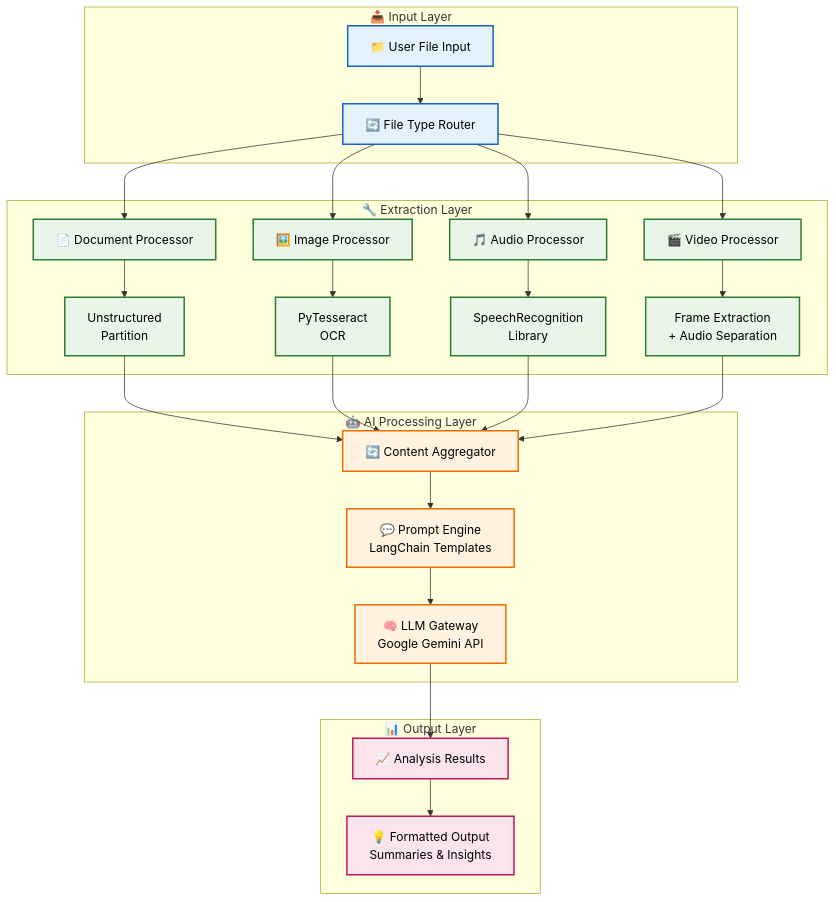
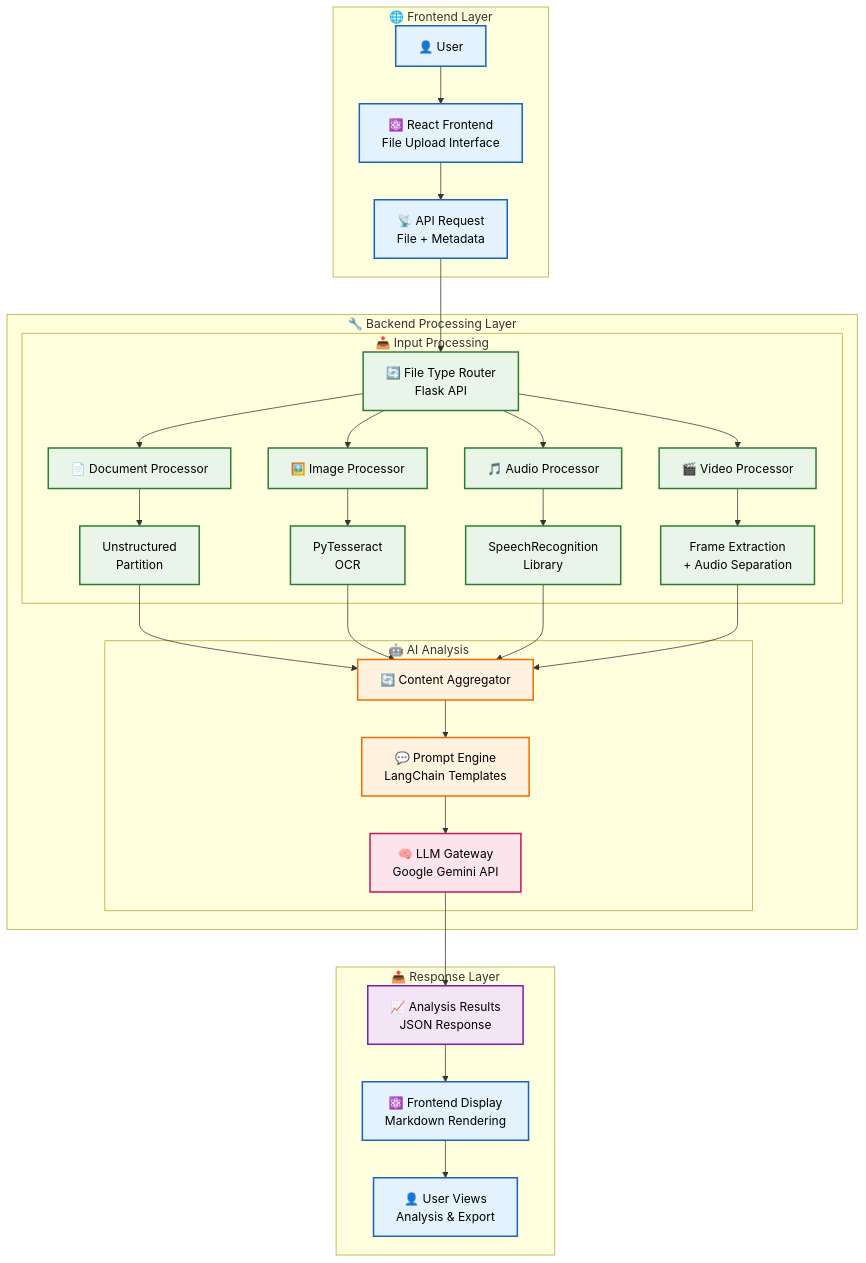
One commit to adityasinghcoding/PolySensor changed the diagram in README.md. Above: the diagram before and after it, drawn with Mermaid. The commit also changed other lines of this file and 1 other file, not shown here.

````diff
--- a/README.md
+++ b/README.md
@@ -36,44 +36,52 @@
 ```mermaid
 graph TB
-    subgraph "📥 Input Layer"
-        A[📁 User File Input] --> B[🔄 File Type Router]
+    subgraph "🌐 Frontend Layer"
+        U[👤 User] --> FE[⚛️ React Frontend<br/>File Upload Interface]
+        FE --> API[📡 API Request<br/>File + Metadata]
     end
-    
-    subgraph "🔧 Extraction Layer"
-        B --> C[📄 Document Processor]
-        B --> D[🖼️ Image Processor]
-        B --> E[🎵 Audio Processor]
-        B --> F[🎬 Video Processor]
-        
-        C --> C1[Unstructured<br/>Partition]
-        D --> D1[PyTesseract<br/>OCR]
-        E --> E1[SpeechRecognition<br/>Library]
-        F --> F1[Frame Extraction<br/>+ Audio Separation]
+
+    subgraph "🔧 Backend Processing Layer"
+        API --> B[🔄 File Type Router<br/>Flask API]
+
+        subgraph "📥 Input Processing"
+            B --> C[📄 Document Processor]
+            B --> D[🖼️ Image Processor]
+            B --> E[🎵 Audio Processor]
+            B --> F[🎬 Video Processor]
+
+            C --> C1[Unstructured<br/>Partition]
+            D --> D1[PyTesseract<br/>OCR]
+            E --> E1[SpeechRecognition<br/>Library]
+            F --> F1[Frame Extraction<br/>+ Audio Separation]
+        end
+
+        subgraph "🤖 AI Analysis"
+            C1 --> G[🔄 Content Aggregator]
+            D1 --> G
+            E1 --> G
+            F1 --> G
+
+            G --> H[💬 Prompt Engine<br/>LangChain Templates]
+            H --> I[🧠 LLM Gateway<br/>Google Gemini API]
+        end
     end
-    
-    subgraph "🤖 AI Processing Layer"
-        C1 --> G[🔄 Content Aggregator]
-        D1 --> G
-        E1 --> G
-        F1 --> G
-        
-        G --> H[💬 Prompt Engine<br/>LangChain Templates]
-        H --> I[🧠 LLM Gateway<br/>Google Gemini API]
+
+    subgraph "📤 Response Layer"
+        I --> J[📈 Analysis Results<br/>JSON Response]
+        J --> FE2[⚛️ Frontend Display<br/>Markdown Rendering]
+        FE2 --> U2[👤 User Views<br/>Analysis & Export]
     end
-    
-    subgraph "📊 Output Layer"
-        I --> J[📈 Analysis Results]
-        J --> K[💡 Formatted Output<br/>Summaries & Insights]
-    end
-    
+
     %% Styling with better contrast
-    classDef input fill:#e3f2fd,stroke:#1565c0,stroke-width:2px,color:#000000
-    classDef extraction fill:#e8f5e8,stroke:#2e7d32,stroke-width:2px,color:#000000
-    classDef ai fill:#fff3e0,stroke:#ef6c00,stroke-width:2px,color:#000000
-    classDef output fill:#fce4ec,stroke:#c2185b,stroke-width:2px,color:#000000
-    
-    class A,B input
-    class C,D,E,F,C1,D1,E1,F1 extraction
-    class G,H,I ai
-    class J,K output
+    classDef frontend fill:#e3f2fd,stroke:#1565c0,stroke-width:2px,color:#000000
+    classDef backend fill:#e8f5e8,stroke:#2e7d32,stroke-width:2px,color:#000000
+    classDef input fill:#fff3e0,stroke:#ef6c00,stroke-width:2px,color:#000000
+    classDef ai fill:#fce4ec,stroke:#c2185b,stroke-width:2px,color:#000000
+    classDef response fill:#f3e5f5,stroke:#7b1fa2,stroke-width:2px,color:#000000
+
+    class U,FE,API,FE2,U2 frontend
+    class B,C,D,E,F,C1,D1,E1,F1 backend
+    class G,H input
+    class I ai
+    class J response
 ```
````
